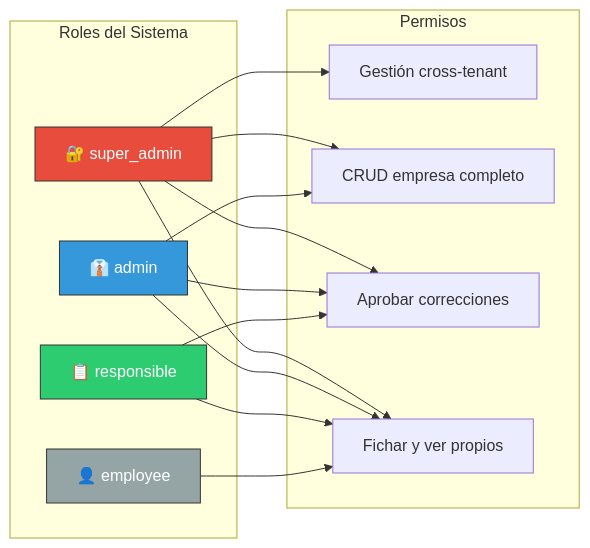
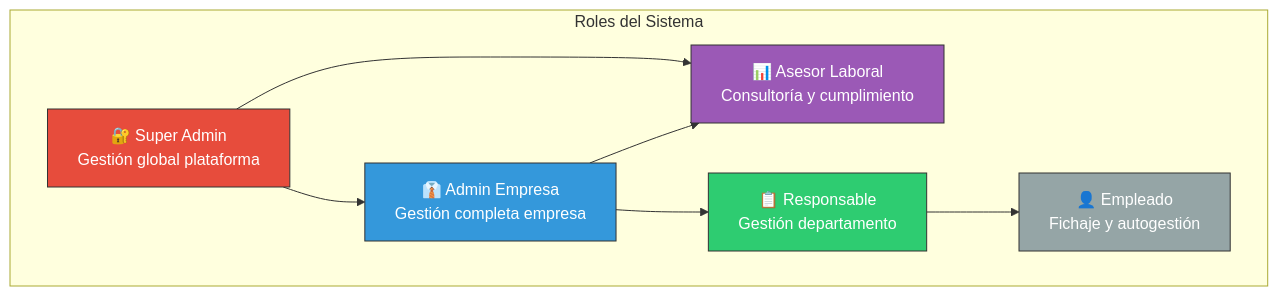
Before and after one commit to moimene/time-control-hub: the second of 23 diagrams in README.md, drawn with Mermaid. The commit also changed other lines of this file, not shown here.

````diff
--- a/README.md
+++ b/README.md
@@ -220,40 +158,28 @@
 ```mermaid
-graph LR
+graph TB
     subgraph "Roles del Sistema"
-        SA[🔐 super_admin]
-        AD[👔 admin]
-        RE[📋 responsible]
-        EM[👤 employee]
+        SA[🔐 Super Admin<br/>Gestión global plataforma]
+        AD[👔 Admin Empresa<br/>Gestión completa empresa]
+        AS[📊 Asesor Laboral<br/>Consultoría y cumplimiento]
+        RE[📋 Responsable<br/>Gestión departamento]
+        EM[👤 Empleado<br/>Fichaje y autogestión]
     end
 
-    subgraph "Permisos"
-        P1[Gestión cross-tenant]
-        P2[CRUD empresa completo]
-        P3[Aprobar correcciones]
-        P4[Fichar y ver propios]
-    end
-
-    SA --> P1
-    SA --> P2
-    SA --> P3
-    SA --> P4
-    
-    AD --> P2
-    AD --> P3
-    AD --> P4
-    
-    RE --> P3
-    RE --> P4
-    
-    EM --> P4
+    SA --> AD
+    SA --> AS
+    AD --> RE
+    AD --> AS
+    RE --> EM
 
     classDef super fill:#e74c3c,stroke:#333,color:#fff
     classDef admin fill:#3498db,stroke:#333,color:#fff
+    classDef advisor fill:#9b59b6,stroke:#333,color:#fff
     classDef resp fill:#2ecc71,stroke:#333,color:#fff
     classDef emp fill:#95a5a6,stroke:#333,color:#fff
     
     class SA super
     class AD admin
+    class AS advisor
     class RE resp
     class EM emp
 ```
````
